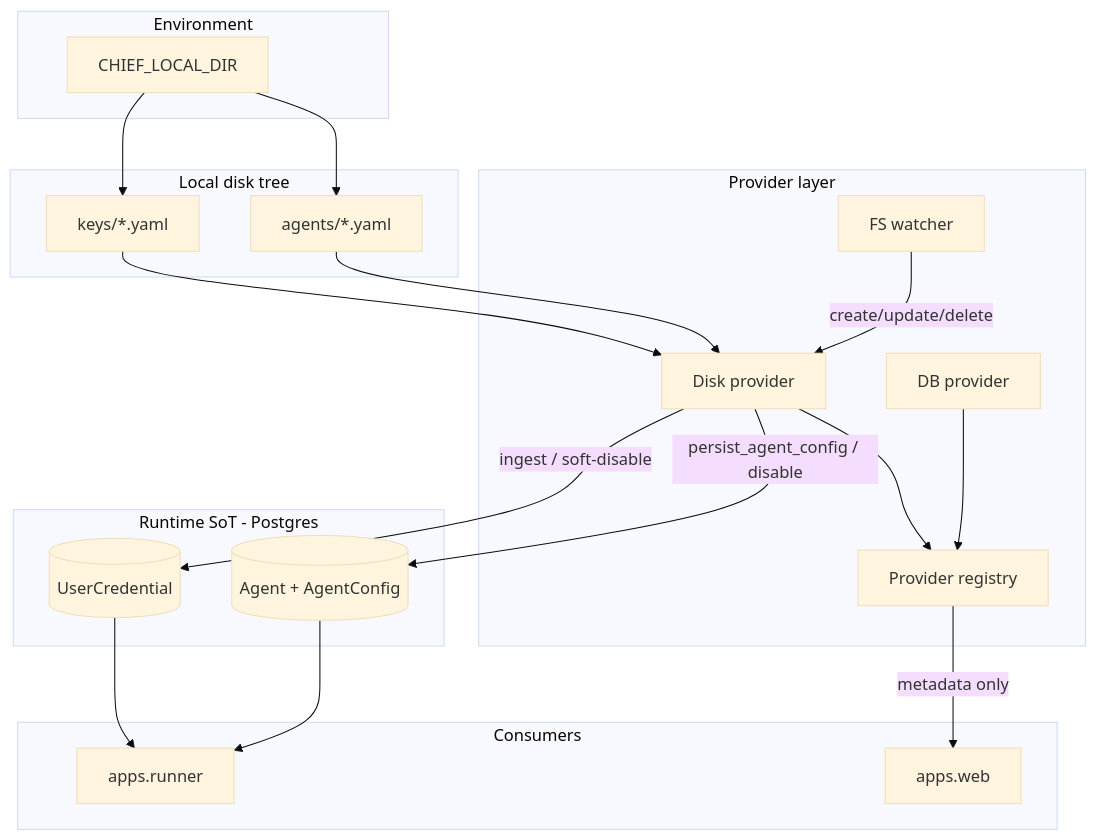
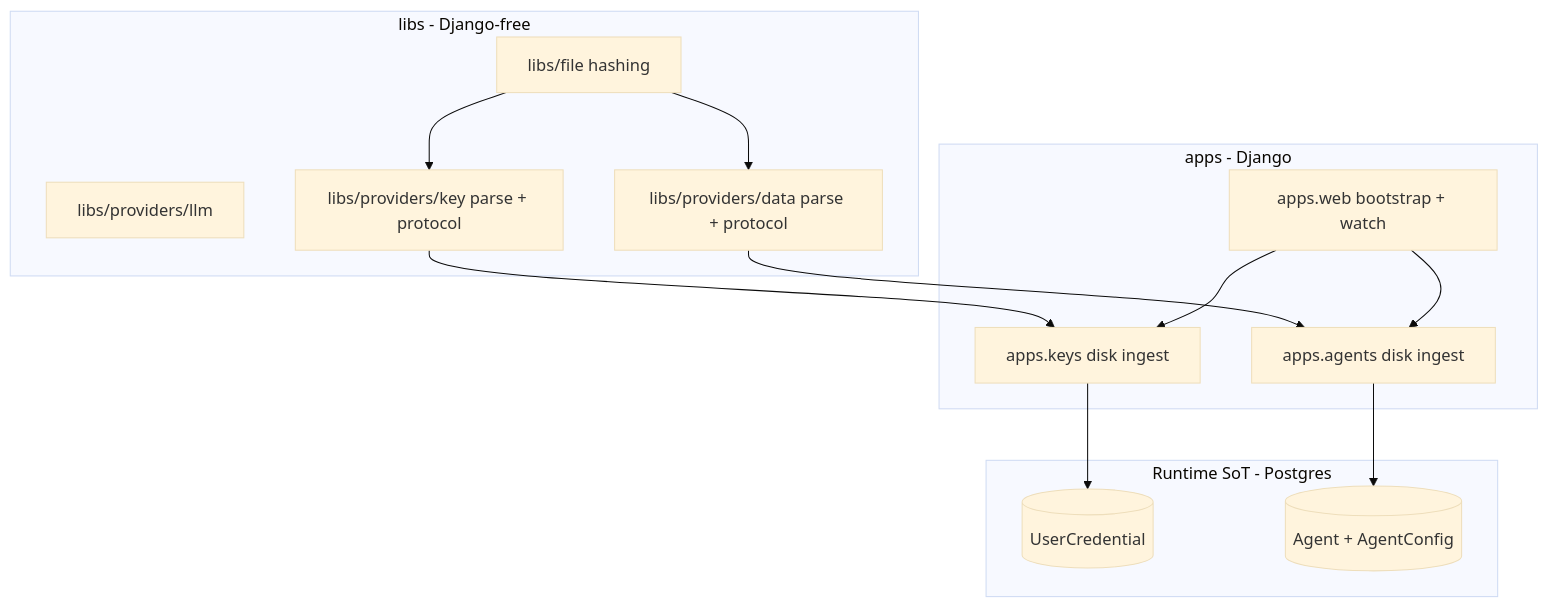
One commit to magicl/chief changed the first of 2 diagrams in docs/specs/2026-07-09-local-disk-providers/2026-07-09-local-disk-providers-design.md. Above: the diagram before and after it, drawn with Mermaid (base theme). The commit also changed other lines of this file and 1 other file, not shown here.

First line of the commit message:
docs(local-disk): revise design and plan for libs providers layout

````diff
--- a/docs/specs/2026-07-09-local-disk-providers/2026-07-09-local-disk-providers-design.md
+++ b/docs/specs/2026-07-09-local-disk-providers/2026-07-09-local-disk-providers-design.md
@@ -80,41 +86,29 @@
 ```mermaid
 flowchart TB
-  subgraph env ["Environment"]
-    Root["CHIEF_LOCAL_DIR"]
+  subgraph libs ["libs - Django-free"]
+    File["libs/file hashing"]
+    LLM["libs/providers/llm"]
+    KeyLib["libs/providers/key parse + protocol"]
+    DataLib["libs/providers/data parse + protocol"]
   end
 
-  subgraph disk ["Local disk tree"]
-    KeysDir["keys/*.yaml"]
-    AgentsDir["agents/*.yaml"]
-  end
-
-  subgraph providers ["Provider layer"]
-    Reg["Provider registry"]
-    DiskProv["Disk provider"]
-    DbProv["DB provider"]
-    Watch["FS watcher"]
+  subgraph apps ["apps - Django"]
+    KeysApp["apps.keys disk ingest"]
+    AgentsApp["apps.agents disk ingest"]
+    Boot["apps.web bootstrap + watch"]
   end
 
   subgraph store ["Runtime SoT - Postgres"]
     UC[(UserCredential)]
     Agent[(Agent + AgentConfig)]
   end
 
-  subgraph consumers ["Consumers"]
-    Runner["apps.runner"]
-    UI["apps.web"]
-  end
-
-  Root --> KeysDir
-  Root --> AgentsDir
-  KeysDir --> DiskProv
-  AgentsDir --> DiskProv
-  DiskProv --> Reg
-  DbProv --> Reg
-  Watch -->|"create/update/delete"| DiskProv
-  DiskProv -->|"ingest / soft-disable"| UC
-  DiskProv -->|"persist_agent_config / disable"| Agent
-  Reg -->|"metadata only"| UI
-  UC --> Runner
-  Agent --> Runner
+  File --> KeyLib
+  File --> DataLib
+  KeyLib --> KeysApp
+  DataLib --> AgentsApp
+  Boot --> KeysApp
+  Boot --> AgentsApp
+  KeysApp --> UC
+  AgentsApp --> Agent
 ```
````
